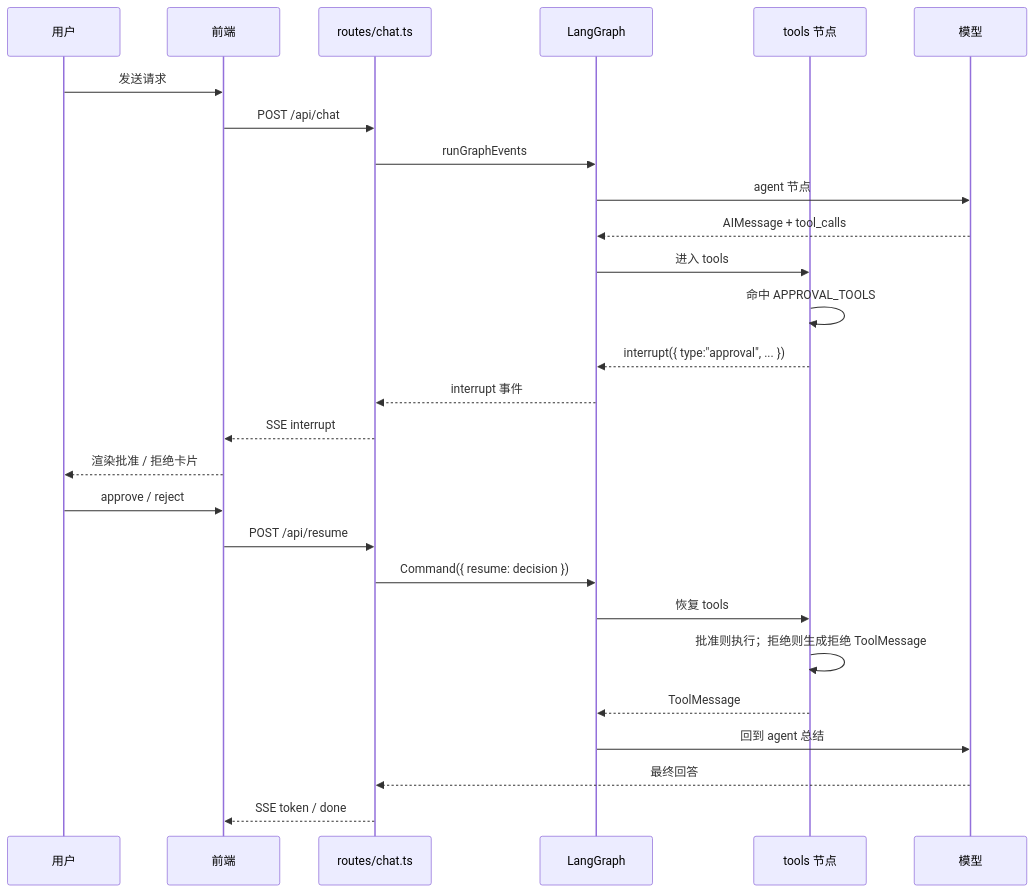
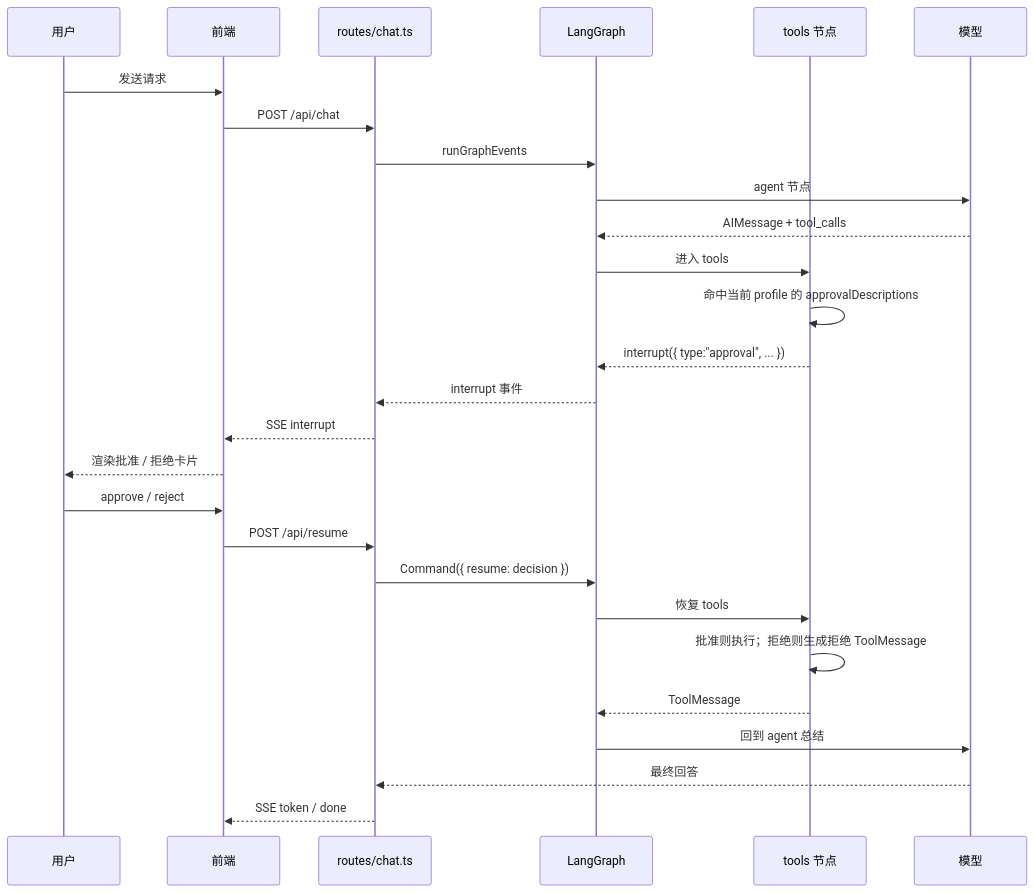
The fourth of 5 diagrams in docs/agent-orchestration.md (AIR-DUSTER1/agent-atlas), drawn with Mermaid before and after one commit. The commit also changed other lines of this file and 22 other files, not shown here.

````diff
--- a/docs/agent-orchestration.md
+++ b/docs/agent-orchestration.md
@@ -309,30 +320,30 @@
 ```mermaid
 sequenceDiagram
   participant U as 用户
   participant UI as 前端
   participant A as routes/chat.ts
   participant G as LangGraph
   participant T as tools 节点
   participant M as 模型
 
   U->>UI: 发送请求
   UI->>A: POST /api/chat
   A->>G: runGraphEvents
   G->>M: agent 节点
   M-->>G: AIMessage + tool_calls
   G->>T: 进入 tools
-  T->>T: 命中 APPROVAL_TOOLS
+  T->>T: 命中当前 profile 的 approvalDescriptions
   T-->>G: interrupt({ type:"approval", ... })
   G-->>A: interrupt 事件
   A-->>UI: SSE interrupt
   UI-->>U: 渲染批准 / 拒绝卡片
   U->>UI: approve / reject
   UI->>A: POST /api/resume
   A->>G: Command({ resume: decision })
   G->>T: 恢复 tools
   T->>T: 批准则执行；拒绝则生成拒绝 ToolMessage
   T-->>G: ToolMessage
   G->>M: 回到 agent 总结
   M-->>A: 最终回答
   A-->>UI: SSE token / done
 ```
````
